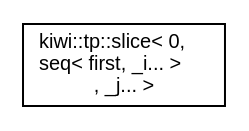
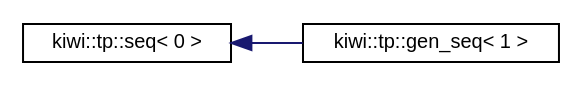
Before and after one commit to bab2min/Kiwi: the diagram in inherit_graph_48.dot, drawn with Graphviz. The commit also changed 251 other files, not shown here.

```diff
--- a/inherit_graph_48.dot
+++ b/inherit_graph_48.dot
@@ -1,8 +1,10 @@
 digraph "Graphical Class Hierarchy"
 {
  // LATEX_PDF_SIZE
   edge [fontname="Helvetica",fontsize="10",labelfontname="Helvetica",labelfontsize="10"];
   node [fontname="Helvetica",fontsize="10",shape=record];
   rankdir="LR";
-  Node0 [label="kiwi::tp::slice\< 0,\l seq\< first, _i... \>\l, _j... \>",height=0.2,width=0.4,color="black", fillcolor="white", style="filled",URL="$structkiwi_1_1tp_1_1slice_3_010_00_01seq_3_01first_00_01__i_8_8_8_01_4_00_01__j_8_8_8_01_4.html",tooltip=" "];
+  Node0 [label="kiwi::tp::seq\< 0 \>",height=0.2,width=0.4,color="black", fillcolor="white", style="filled",URL="$structkiwi_1_1tp_1_1seq.html",tooltip=" "];
+  Node0 -> Node1 [dir="back",color="midnightblue",fontsize="10",style="solid",fontname="Helvetica"];
+  Node1 [label="kiwi::tp::gen_seq\< 1 \>",height=0.2,width=0.4,color="black", fillcolor="white", style="filled",URL="$structkiwi_1_1tp_1_1gen__seq_3_011_01_4.html",tooltip=" "];
 }
```
